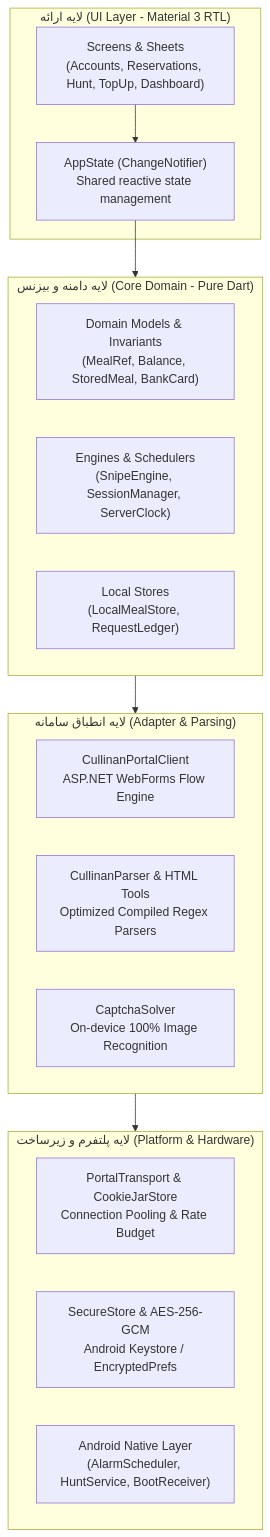
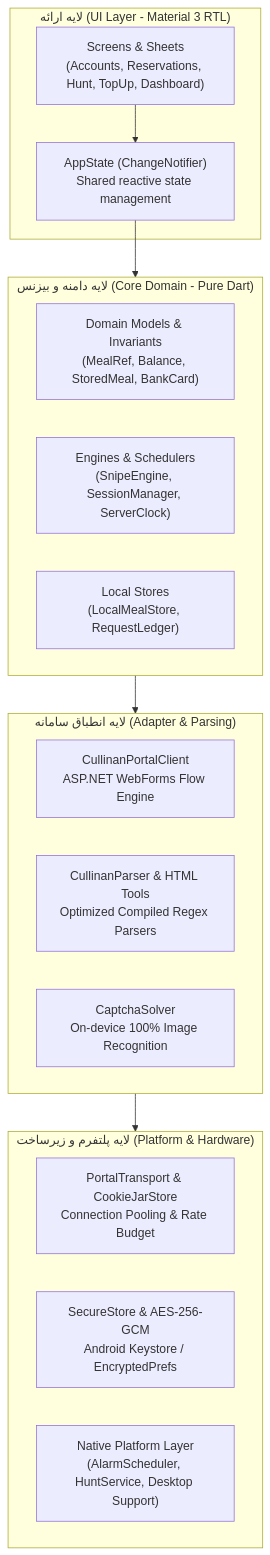
Before and after one commit to Ashekofteh/Bahonar-Nut: the diagram in README.md, drawn with Mermaid. The commit also changed other lines of this file and 1 other file, not shown here.

````diff
--- a/README.md
+++ b/README.md
@@ -112,30 +125,30 @@
 ```mermaid
 flowchart TD
     subgraph UI ["لایه ارائه (UI Layer - Material 3 RTL)"]
         Screens["Screens & Sheets\n(Accounts, Reservations, Hunt, TopUp, Dashboard)"]
         State["AppState (ChangeNotifier)\nShared reactive state management"]
     end
 
     subgraph Core ["لایه دامنه و بیزنس (Core Domain - Pure Dart)"]
         Models["Domain Models & Invariants\n(MealRef, Balance, StoredMeal, BankCard)"]
         Engines["Engines & Schedulers\n(SnipeEngine, SessionManager, ServerClock)"]
         LocalStores["Local Stores\n(LocalMealStore, RequestLedger)"]
     end
 
     subgraph Adapter ["لایه انطباق سامانه (Adapter & Parsing)"]
         CullinanClient["CullinanPortalClient\nASP.NET WebForms Flow Engine"]
         CullinanParser["CullinanParser & HTML Tools\nOptimized Compiled Regex Parsers"]
         CaptchaSolver["CaptchaSolver\nOn-device 100% Image Recognition"]
     end
 
     subgraph Platform ["لایه پلتفرم و زیرساخت (Platform & Hardware)"]
         Transport["PortalTransport & CookieJarStore\nConnection Pooling & Rate Budget"]
         Security["SecureStore & AES-256-GCM\nAndroid Keystore / EncryptedPrefs"]
-        NativeService["Android Native Layer\n(AlarmScheduler, HuntService, BootReceiver)"]
+        NativeService["Native Platform Layer\n(AlarmScheduler, HuntService, Desktop Support)"]
     end
 
     Screens --> State
     State --> Core
     Core --> Adapter
     Adapter --> Platform
 ```
````
